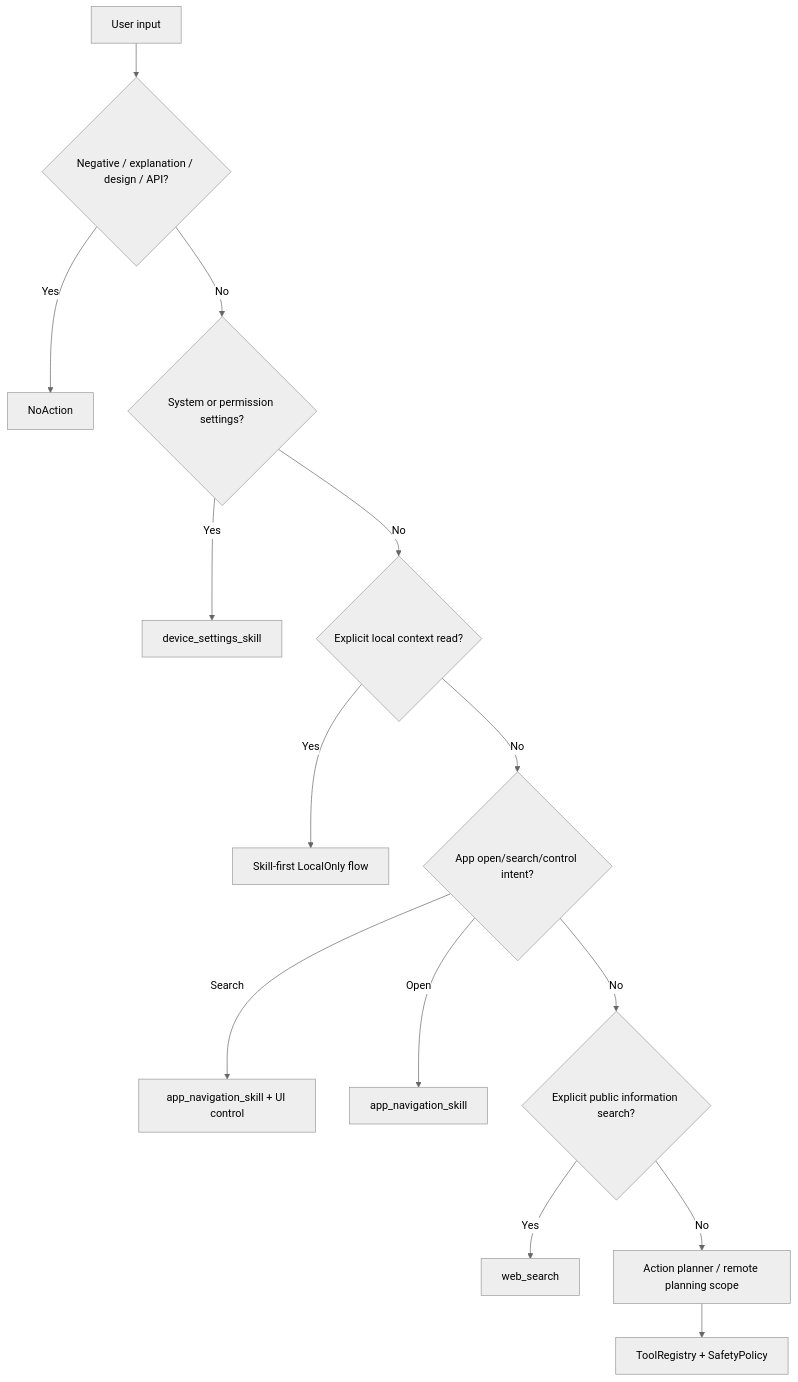
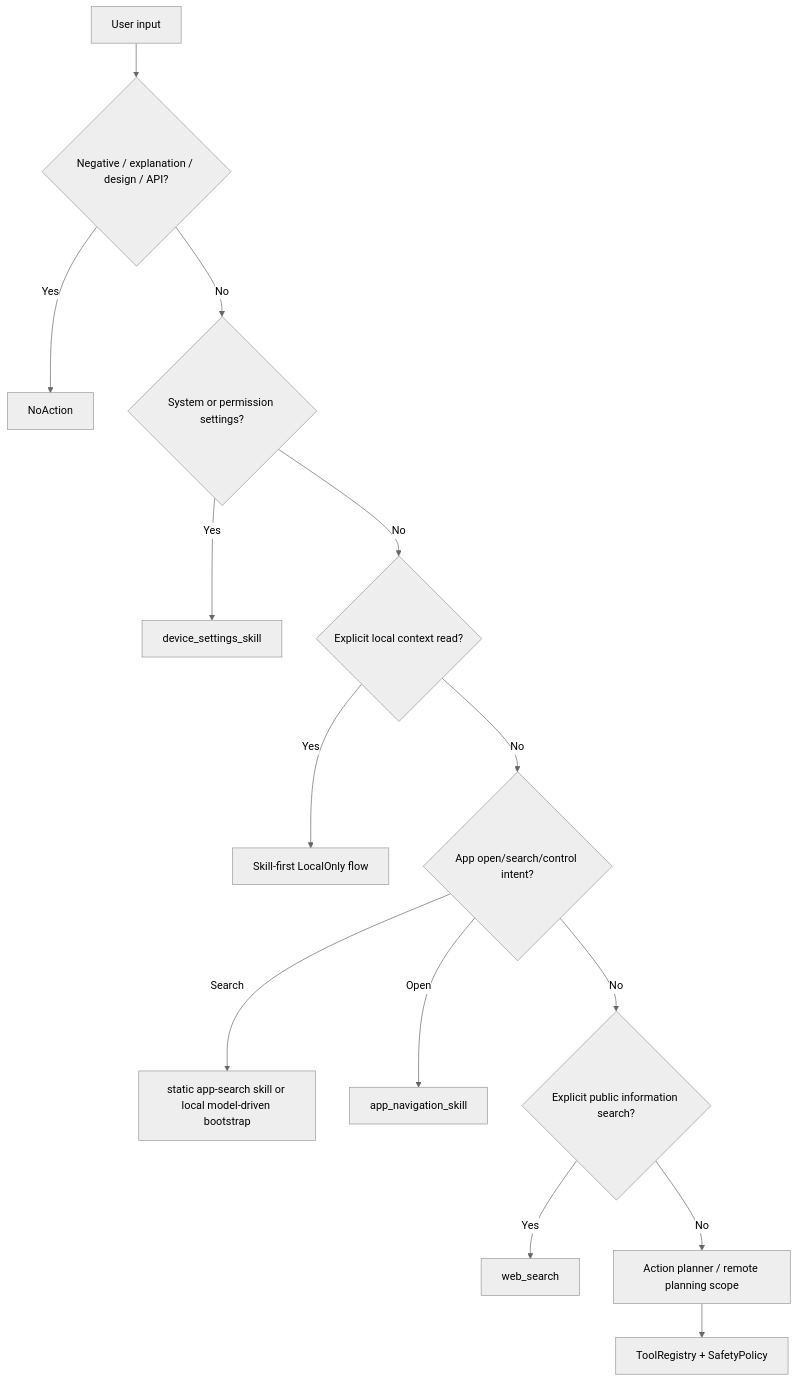
Before and after one commit to William-zgx/solin-android: the diagram in docs/intent_routing_skill_arbitration.md, drawn with Mermaid (neutral theme). The commit also changed other lines of this file and 8 other files, not shown here.

Commit message:
feat: add model-driven app search loop

````diff
--- a/docs/intent_routing_skill_arbitration.md
+++ b/docs/intent_routing_skill_arbitration.md
@@ -13,16 +13,16 @@
 ```mermaid
 flowchart TD
     Input["User input"] --> Reject{"Negative / explanation / design / API?"}
     Reject -->|Yes| NoAction["NoAction"]
     Reject -->|No| Settings{"System or permission settings?"}
     Settings -->|Yes| DeviceSettings["device_settings_skill"]
     Settings -->|No| LocalRead{"Explicit local context read?"}
     LocalRead -->|Yes| LocalSkill["Skill-first LocalOnly flow"]
     LocalRead -->|No| AppControl{"App open/search/control intent?"}
-    AppControl -->|Search| AppSearch["app_navigation_skill + UI control"]
+    AppControl -->|Search| AppSearch["static app-search skill or local model-driven bootstrap"]
     AppControl -->|Open| AppOpen["app_navigation_skill"]
     AppControl -->|No| PublicInfo{"Explicit public information search?"}
     PublicInfo -->|Yes| PublicEvidence["web_search"]
     PublicInfo -->|No| Planner["Action planner / remote planning scope"]
     Planner --> Guard["ToolRegistry + SafetyPolicy"]
 ```
````
